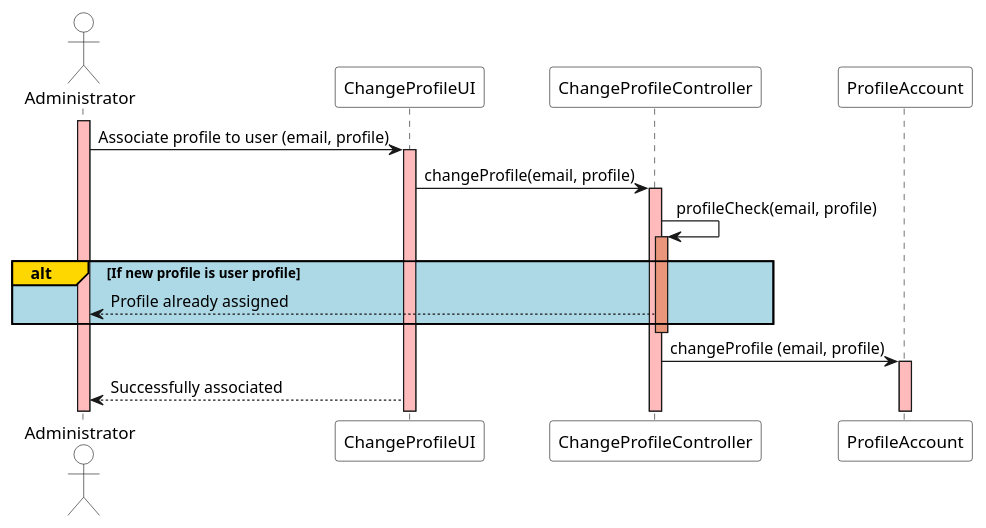
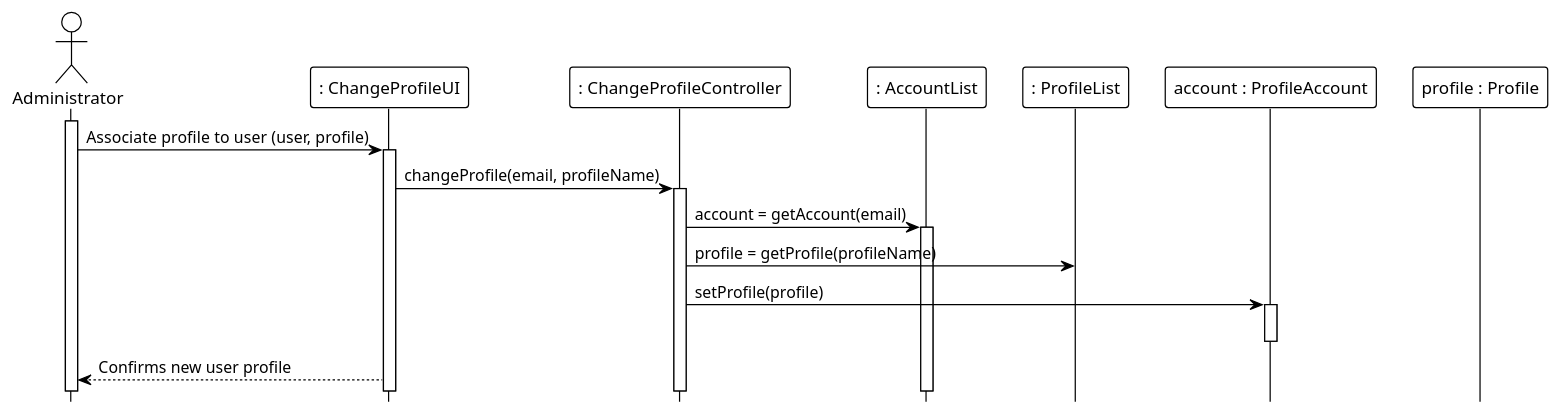
Before and after one commit to ivo-menezes/project_g3: the diagram in docs/modelling_design/user_stories/us003/US003_ChangeProfileSD.puml, drawn with PlantUML.

Commit message:
US003: Design: update ChangeProfileSD

```diff
--- a/docs/modelling_design/user_stories/us003/US003_ChangeProfileSD.puml
+++ b/docs/modelling_design/user_stories/us003/US003_ChangeProfileSD.puml
@@ -1,24 +1,26 @@
 @startuml
+!theme plain
+hide footbox
 
-actor Administrator  as Administrator #white
-participant "ChangeProfileUI" as UI #white
-participant "ChangeProfileController" as Controller #white
-participant "ProfileAccount" as Account #white
-
-activate Administrator #FFBBBB
-Administrator ->  UI : Associate profile to user (email, profile)
-activate UI #FFBBBB
-UI -> Controller :  changeProfile(email, profile)
-activate Controller #FFBBBB
-Controller -> Controller: profileCheck(email, profile)
-activate Controller #DarkSalmon
+actor Administrator
+participant ": ChangeProfileUI" as UI
+participant ": ChangeProfileController" as Controller
+participant ": AccountList" as AccountList
+participant ": ProfileList" as ProfileList
+participant "account : ProfileAccount" as Account
+participant "profile : Profile" as Profile
 
 
-alt#Gold #LightBlue If new profile is user profile
-Administrator <-- Controller : Profile already assigned
-end
-deactivate Controller #DarkSalmon
-Controller -> Account : changeProfile (email, profile)
-activate Account #FFBBBB
-Administrator <-- UI: Successfully associated
+activate Administrator
+Administrator -> UI : Associate profile to user (user, profile)
+activate UI
+UI -> Controller : changeProfile(email, profileName)
+activate Controller
+Controller -> AccountList : account = getAccount(email)
+activate AccountList
+Controller -> ProfileList : profile = getProfile(profileName)
+Controller -> Account : setProfile(profile)
+activate Account
+deactivate Account
+UI --> Administrator : Confirms new user profile
 @enduml
```
